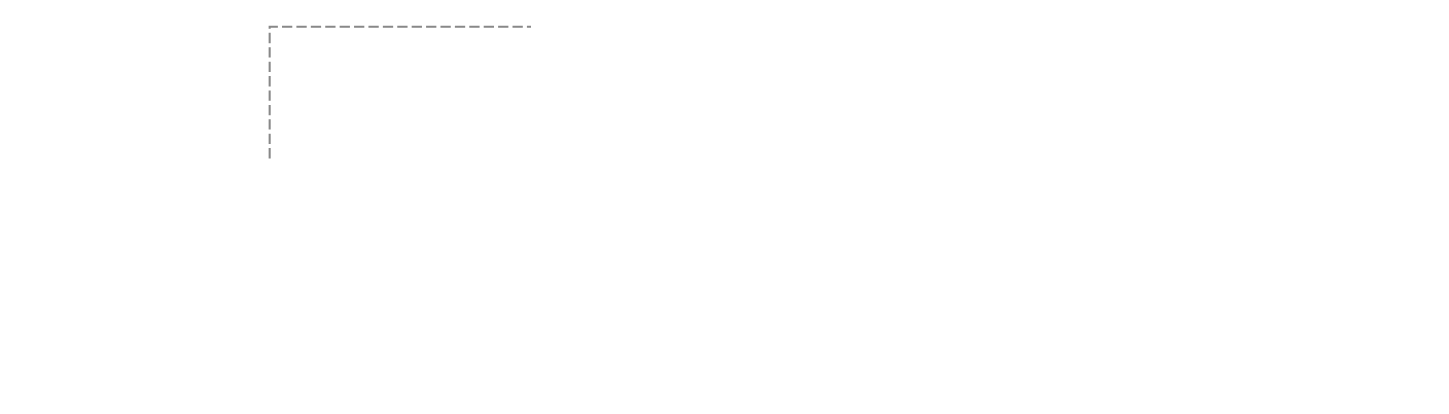
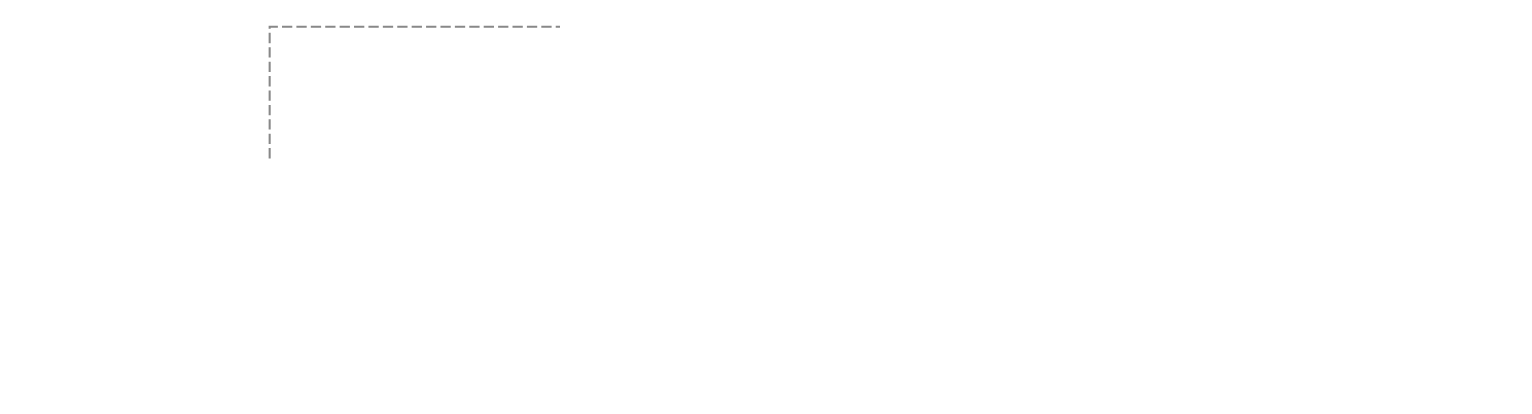
One commit to davidsiagian02/jangkau-webgis changed the diagram in laporan/diagram/arsitektur.dot. Above: the diagram before and after it, drawn with Graphviz. The commit also changed 14 other files, not shown here.

Commit message:
fix(peta): basemap bawaan OpenStreetMap; CARTO hanya jika VITE_CARTO_KEY diisi

```diff
--- a/laporan/diagram/arsitektur.dot
+++ b/laporan/diagram/arsitektur.dot
@@ -1,18 +1,18 @@
 digraph G {
   rankdir=LR; graph [fontname="Arial", fontsize=11, nodesep=0.35, ranksep=0.6, dpi=200];
   node [shape=box, style="rounded", fontname="Arial", fontsize=11, color="#333333"];
   edge [fontname="Arial", fontsize=9, color="#555555"];
   user [label="Pengguna\n(browser)", shape=box];
   subgraph cluster_v { label="Vercel"; fontname="Arial"; color="#888888"; style="dashed";
     static [label="Halaman statis (Vite)\nBeranda, Peta, Data, Admin\nOpenLayers + Turf.js"];
     api [label="Vercel Functions /api\nlayers, analysis, stats,\ntitik (CRUD), health"];
     geo [label="GeoJSON cadangan\n/data/*.geojson"];
   }
   db [label="Neon PostgreSQL\n+ PostGIS", shape=cylinder];
-  tiles [label="Server tile basemap\nCARTO, OSM, Esri", shape=box];
+  tiles [label="Server tile basemap\nOSM, Esri, CARTO (opsional)", shape=box];
   user -> static [label="HTTP"];
   static -> api [label="fetch JSON"];
   api -> db [label="SQL spasial"];
   static -> geo [label="jika API gagal", style=dashed];
   static -> tiles [label="tile XYZ"];
 }
```
